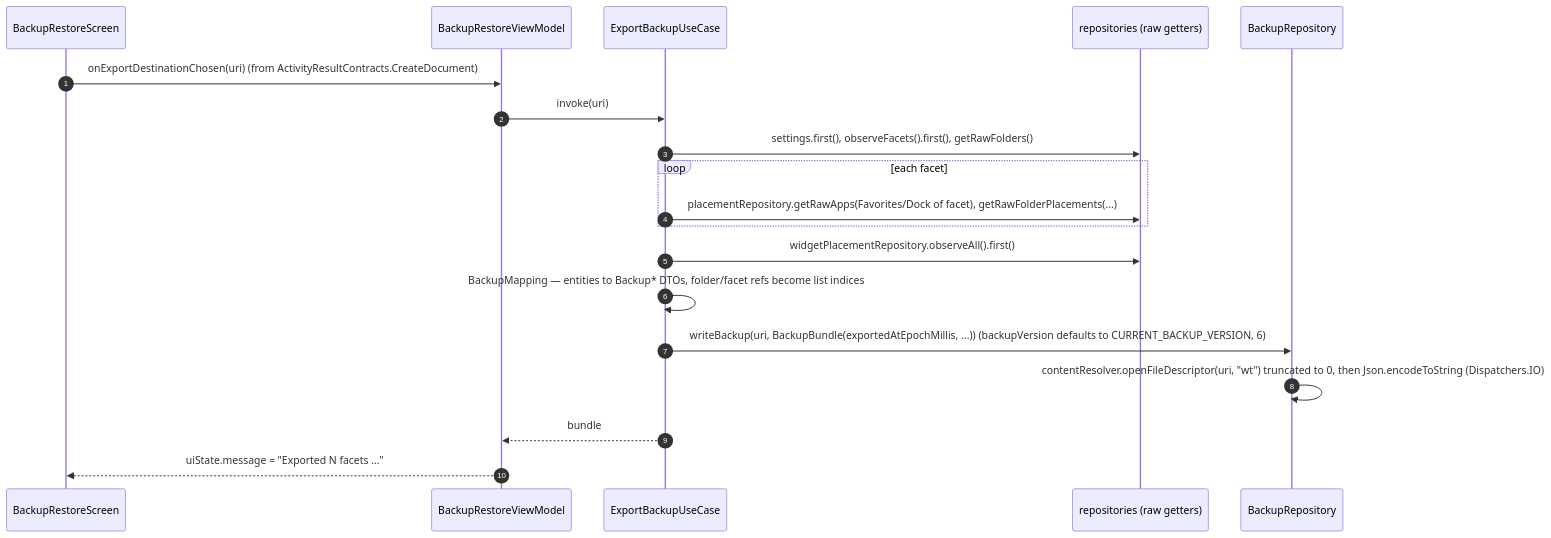
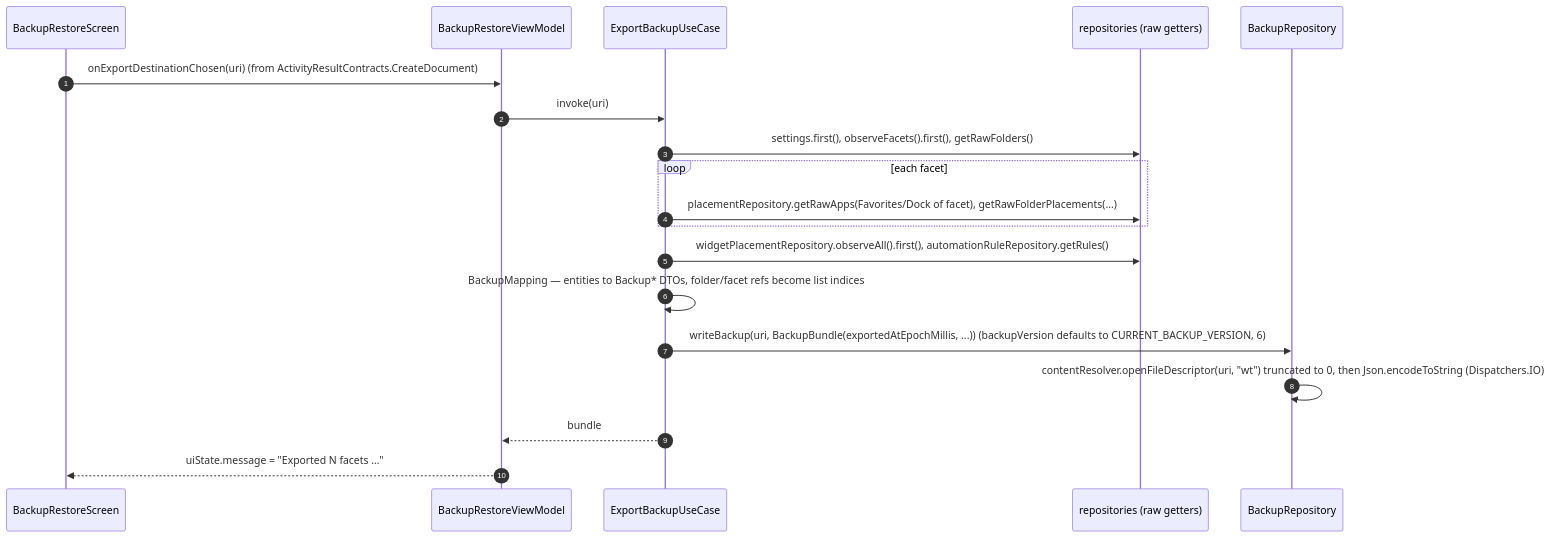
The first of 3 diagrams in docs/architecture/09-flow-backup-restore.md (rohitganjam/facet-launcher), drawn with Mermaid before and after one commit. The commit also changed other lines of this file and 13 other files, not shown here.

````diff
--- a/docs/architecture/09-flow-backup-restore.md
+++ b/docs/architecture/09-flow-backup-restore.md
@@ -9,21 +9,21 @@
 ```mermaid
 sequenceDiagram
     autonumber
     participant S as BackupRestoreScreen
     participant VM as BackupRestoreViewModel
     participant UC as ExportBackupUseCase
     participant R as repositories (raw getters)
     participant BR as BackupRepository
     S->>VM: onExportDestinationChosen(uri)   (from ActivityResultContracts.CreateDocument)
     VM->>UC: invoke(uri)
     UC->>R: settings.first(), observeFacets().first(), getRawFolders()
     loop each facet
         UC->>R: placementRepository.getRawApps(Favorites/Dock of facet), getRawFolderPlacements(...)
     end
-    UC->>R: widgetPlacementRepository.observeAll().first()
+    UC->>R: widgetPlacementRepository.observeAll().first(), automationRuleRepository.getRules()
     UC->>UC: BackupMapping — entities to Backup* DTOs, folder/facet refs become list indices
     UC->>BR: writeBackup(uri, BackupBundle(exportedAtEpochMillis, ...))   (backupVersion defaults to CURRENT_BACKUP_VERSION, 6)
     BR->>BR: contentResolver.openFileDescriptor(uri, "wt") truncated to 0, then Json.encodeToString  (Dispatchers.IO)
     UC-->>VM: bundle
     VM-->>S: uiState.message = "Exported N facets …"
 ```
````
